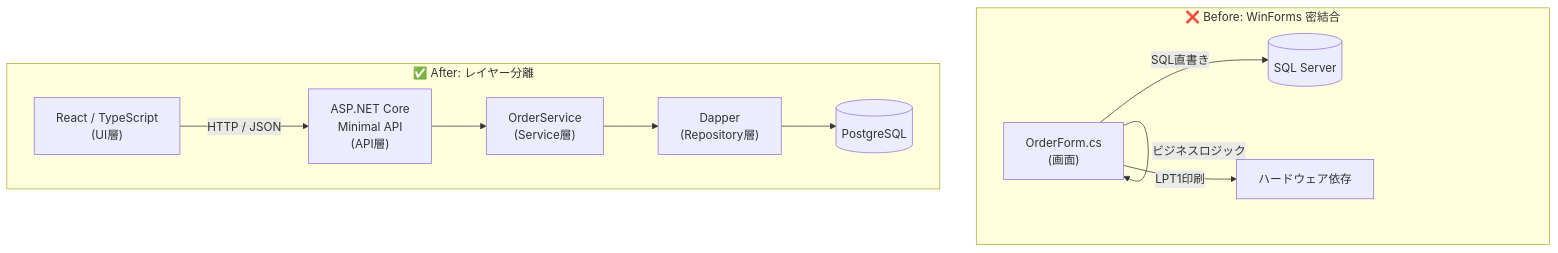
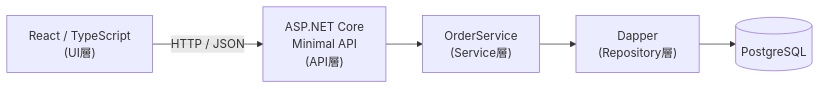
Before and after one commit to yktsnet/order-system-migration: the second of 3 diagrams in docs/architecture.md, drawn with Mermaid. The commit also changed other lines of this file, not shown here.

Commit message:
update Architecture

````diff
--- a/docs/architecture.md
+++ b/docs/architecture.md
@@ -5,22 +18,13 @@
 ```mermaid
-graph TD
-    subgraph Before["❌ Before: WinForms 密結合"]
-        UI["OrderForm.cs\n(画面)"]
-        UI -->|SQL直書き| DB1[("SQL Server")]
-        UI -->|ビジネスロジック| UI
-        UI -->|LPT1印刷| HW["ハードウェア依存"]
-    end
+graph LR
+    React["React / TypeScript\n(UI層)"]
+    API["ASP.NET Core\nMinimal API\n(API層)"]
+    SVC["OrderService\n(Service層)"]
+    DAP["Dapper\n(Repository層)"]
+    DB[("PostgreSQL")]
 
-    subgraph After["✅ After: レイヤー分離"]
-        React["React / TypeScript\n(UI層)"]
-        API["ASP.NET Core\nMinimal API\n(API層)"]
-        SVC["OrderService\n(Service層)"]
-        DAP["Dapper\n(Repository層)"]
-        DB2[("PostgreSQL")]
-
-        React -->|HTTP / JSON| API
-        API --> SVC
-        SVC --> DAP
-        DAP --> DB2
-    end
+    React -->|HTTP / JSON| API
+    API --> SVC
+    SVC --> DAP
+    DAP --> DB
 ```
````
